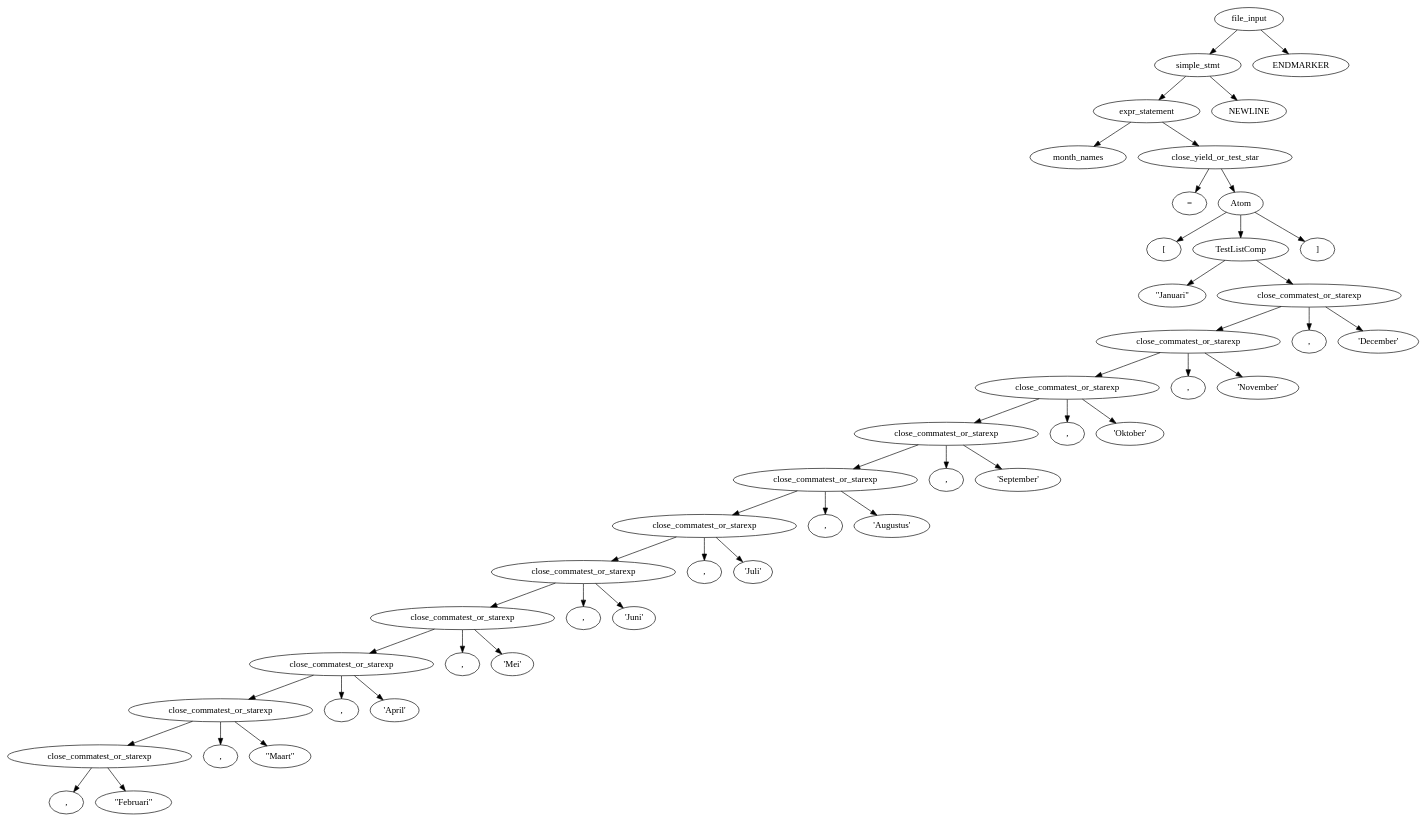
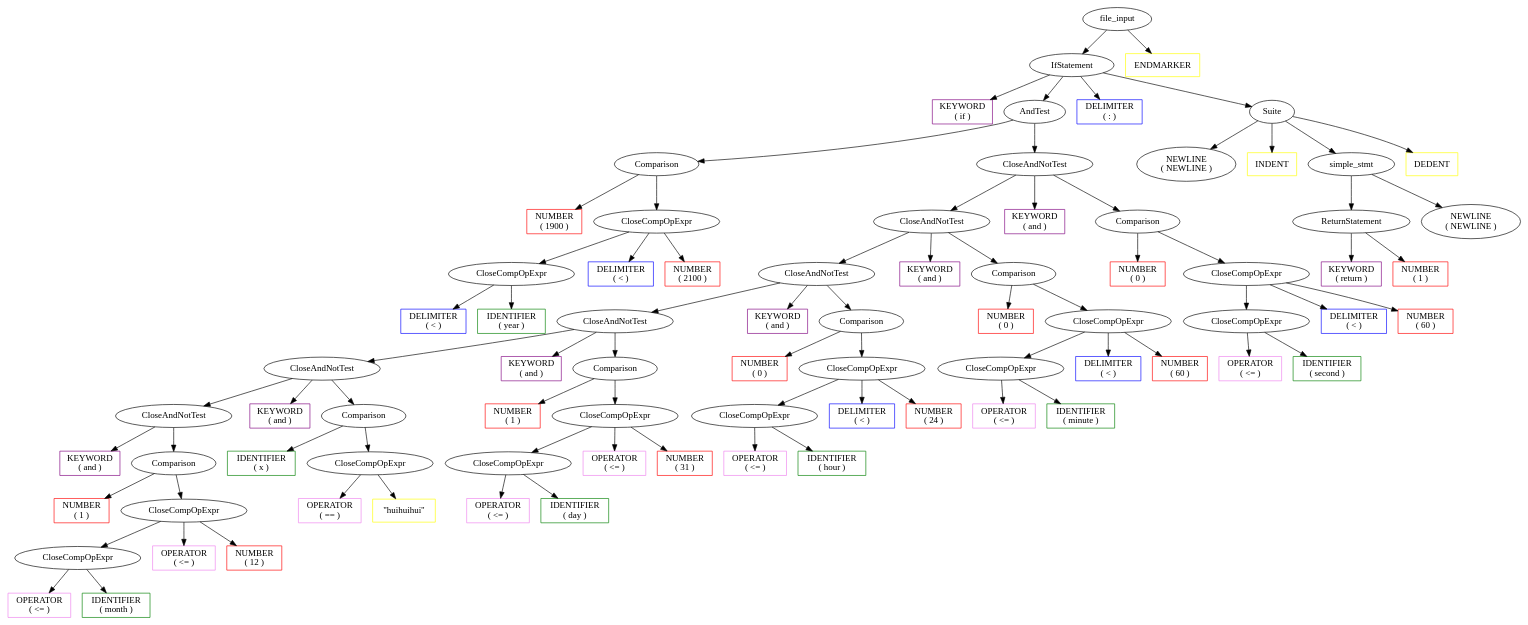
The diagram in graph.dot (udhav-varma/pyxler), drawn with Graphviz before and after one commit. The commit also changed 8 other files, not shown here.

Commit message:
Changed node.hpp for colorful graph☠

```diff
--- a/graph.dot
+++ b/graph.dot
@@ -1,93 +1,207 @@
 digraph AST{
-1[label="file_input"]
-2[label="simple_stmt"]
-3[label="expr_statement"]
-4[label="month_names"]
-5[label="close_yield_or_test_star"]
-6[label="="]
-7[label="Atom"]
-8[label="["]
-9[label="TestListComp"]
-10[label="\"Januari\""]
-11[label="close_commatest_or_starexp"]
-12[label="close_commatest_or_starexp"]
-13[label="close_commatest_or_starexp"]
-14[label="close_commatest_or_starexp"]
-15[label="close_commatest_or_starexp"]
-16[label="close_commatest_or_starexp"]
-17[label="close_commatest_or_starexp"]
-18[label="close_commatest_or_starexp"]
-19[label="close_commatest_or_starexp"]
-20[label="close_commatest_or_starexp"]
-21[label="close_commatest_or_starexp"]
-22[label=","]
-23[label="\"Februari\""]
-24[label=","]
-25[label="\"Maart\""]
-26[label=","]
-27[label="\'April\'"]
-28[label=","]
-29[label="\'Mei\'"]
-30[label=","]
-31[label="\'Juni\'"]
-32[label=","]
-33[label="\'Juli\'"]
-34[label=","]
-35[label="\'Augustus\'"]
-36[label=","]
-37[label="\'September\'"]
-38[label=","]
-39[label="\'Oktober\'"]
-40[label=","]
-41[label="\'November\'"]
-42[label=","]
-43[label="\'December\'"]
-44[label="]"]
-45[label="NEWLINE"]
-46[label="ENDMARKER"]
-1 -> 2
-2 -> 3
-3 -> 4
-3 -> 5
-5 -> 6
-5 -> 7
-7 -> 8
-7 -> 9
-9 -> 10
-9 -> 11
-11 -> 12
-12 -> 13
-13 -> 14
-14 -> 15
-15 -> 16
-16 -> 17
-17 -> 18
-18 -> 19
-19 -> 20
-20 -> 21
-21 -> 22
-21 -> 23
-20 -> 24
-20 -> 25
-19 -> 26
-19 -> 27
-18 -> 28
-18 -> 29
-17 -> 30
-17 -> 31
-16 -> 32
-16 -> 33
-15 -> 34
-15 -> 35
-14 -> 36
-14 -> 37
-13 -> 38
-13 -> 39
-12 -> 40
-12 -> 41
-11 -> 42
-11 -> 43
-7 -> 44
-2 -> 45
-1 -> 46
+	1[label="file_input"]
+	2[label="IfStatement"]
+	3[color="purple" shape="rectangle"]
+	3[label="KEYWORD\n( if )"]
+	4[label="AndTest"]
+	5[label="Comparison"]
+	6[color="red" shape="rectangle"]
+	6[label="NUMBER\n( 1900 )"]
+	7[label="CloseCompOpExpr"]
+	8[label="CloseCompOpExpr"]
+	9[color="blue" shape="rectangle"]
+	9[label="DELIMITER\n( < )"]
+	10[color="green" shape="rectangle"]
+	10[label="IDENTIFIER\n( year )"]
+	11[color="blue" shape="rectangle"]
+	11[label="DELIMITER\n( < )"]
+	12[color="red" shape="rectangle"]
+	12[label="NUMBER\n( 2100 )"]
+	13[label="CloseAndNotTest"]
+	14[label="CloseAndNotTest"]
+	15[label="CloseAndNotTest"]
+	16[label="CloseAndNotTest"]
+	17[label="CloseAndNotTest"]
+	18[label="CloseAndNotTest"]
+	19[color="purple" shape="rectangle"]
+	19[label="KEYWORD\n( and )"]
+	20[label="Comparison"]
+	21[color="red" shape="rectangle"]
+	21[label="NUMBER\n( 1 )"]
+	22[label="CloseCompOpExpr"]
+	23[label="CloseCompOpExpr"]
+	24[color="VIOLET" shape="rectangle"]
+	24[label="OPERATOR\n( <= )"]
+	25[color="green" shape="rectangle"]
+	25[label="IDENTIFIER\n( month )"]
+	26[color="VIOLET" shape="rectangle"]
+	26[label="OPERATOR\n( <= )"]
+	27[color="red" shape="rectangle"]
+	27[label="NUMBER\n( 12 )"]
+	28[color="purple" shape="rectangle"]
+	28[label="KEYWORD\n( and )"]
+	29[label="Comparison"]
+	30[color="green" shape="rectangle"]
+	30[label="IDENTIFIER\n( x )"]
+	31[label="CloseCompOpExpr"]
+	32[color="VIOLET" shape="rectangle"]
+	32[label="OPERATOR\n( == )"]
+	33[color="yellow" shape="rectangle"]
+	33[label="\"huihuihui\""]
+	34[color="purple" shape="rectangle"]
+	34[label="KEYWORD\n( and )"]
+	35[label="Comparison"]
+	36[color="red" shape="rectangle"]
+	36[label="NUMBER\n( 1 )"]
+	37[label="CloseCompOpExpr"]
+	38[label="CloseCompOpExpr"]
+	39[color="VIOLET" shape="rectangle"]
+	39[label="OPERATOR\n( <= )"]
+	40[color="green" shape="rectangle"]
+	40[label="IDENTIFIER\n( day )"]
+	41[color="VIOLET" shape="rectangle"]
+	41[label="OPERATOR\n( <= )"]
+	42[color="red" shape="rectangle"]
+	42[label="NUMBER\n( 31 )"]
+	43[color="purple" shape="rectangle"]
+	43[label="KEYWORD\n( and )"]
+	44[label="Comparison"]
+	45[color="red" shape="rectangle"]
+	45[label="NUMBER\n( 0 )"]
+	46[label="CloseCompOpExpr"]
+	47[label="CloseCompOpExpr"]
+	48[color="VIOLET" shape="rectangle"]
+	48[label="OPERATOR\n( <= )"]
+	49[color="green" shape="rectangle"]
+	49[label="IDENTIFIER\n( hour )"]
+	50[color="blue" shape="rectangle"]
+	50[label="DELIMITER\n( < )"]
+	51[color="red" shape="rectangle"]
+	51[label="NUMBER\n( 24 )"]
+	52[color="purple" shape="rectangle"]
+	52[label="KEYWORD\n( and )"]
+	53[label="Comparison"]
+	54[color="red" shape="rectangle"]
+	54[label="NUMBER\n( 0 )"]
+	55[label="CloseCompOpExpr"]
+	56[label="CloseCompOpExpr"]
+	57[color="VIOLET" shape="rectangle"]
+	57[label="OPERATOR\n( <= )"]
+	58[color="green" shape="rectangle"]
+	58[label="IDENTIFIER\n( minute )"]
+	59[color="blue" shape="rectangle"]
+	59[label="DELIMITER\n( < )"]
+	60[color="red" shape="rectangle"]
+	60[label="NUMBER\n( 60 )"]
+	61[color="purple" shape="rectangle"]
+	61[label="KEYWORD\n( and )"]
+	62[label="Comparison"]
+	63[color="red" shape="rectangle"]
+	63[label="NUMBER\n( 0 )"]
+	64[label="CloseCompOpExpr"]
+	65[label="CloseCompOpExpr"]
+	66[color="VIOLET" shape="rectangle"]
+	66[label="OPERATOR\n( <= )"]
+	67[color="green" shape="rectangle"]
+	67[label="IDENTIFIER\n( second )"]
+	68[color="blue" shape="rectangle"]
+	68[label="DELIMITER\n( < )"]
+	69[color="red" shape="rectangle"]
+	69[label="NUMBER\n( 60 )"]
+	70[color="blue" shape="rectangle"]
+	70[label="DELIMITER\n( : )"]
+	71[label="Suite"]
+	72[label="NEWLINE\n( NEWLINE )"]
+	73[color="yellow" shape="rectangle"]
+	73[label="INDENT"]
+	74[label="simple_stmt"]
+	75[label="ReturnStatement"]
+	76[color="purple" shape="rectangle"]
+	76[label="KEYWORD\n( return )"]
+	77[color="red" shape="rectangle"]
+	77[label="NUMBER\n( 1 )"]
+	78[label="NEWLINE\n( NEWLINE )"]
+	79[color="yellow" shape="rectangle"]
+	79[label="DEDENT"]
+	80[color="yellow" shape="rectangle"]
+	80[label="ENDMARKER"]
+	1 -> 2
+	2 -> 3
+	2 -> 4
+	4 -> 5
+	5 -> 6
+	5 -> 7
+	7 -> 8
+	8 -> 9
+	8 -> 10
+	7 -> 11
+	7 -> 12
+	4 -> 13
+	13 -> 14
+	14 -> 15
+	15 -> 16
+	16 -> 17
+	17 -> 18
+	18 -> 19
+	18 -> 20
+	20 -> 21
+	20 -> 22
+	22 -> 23
+	23 -> 24
+	23 -> 25
+	22 -> 26
+	22 -> 27
+	17 -> 28
+	17 -> 29
+	29 -> 30
+	29 -> 31
+	31 -> 32
+	31 -> 33
+	16 -> 34
+	16 -> 35
+	35 -> 36
+	35 -> 37
+	37 -> 38
+	38 -> 39
+	38 -> 40
+	37 -> 41
+	37 -> 42
+	15 -> 43
+	15 -> 44
+	44 -> 45
+	44 -> 46
+	46 -> 47
+	47 -> 48
+	47 -> 49
+	46 -> 50
+	46 -> 51
+	14 -> 52
+	14 -> 53
+	53 -> 54
+	53 -> 55
+	55 -> 56
+	56 -> 57
+	56 -> 58
+	55 -> 59
+	55 -> 60
+	13 -> 61
+	13 -> 62
+	62 -> 63
+	62 -> 64
+	64 -> 65
+	65 -> 66
+	65 -> 67
+	64 -> 68
+	64 -> 69
+	2 -> 70
+	2 -> 71
+	71 -> 72
+	71 -> 73
+	71 -> 74
+	74 -> 75
+	75 -> 76
+	75 -> 77
+	74 -> 78
+	71 -> 79
+	1 -> 80
 }
```
